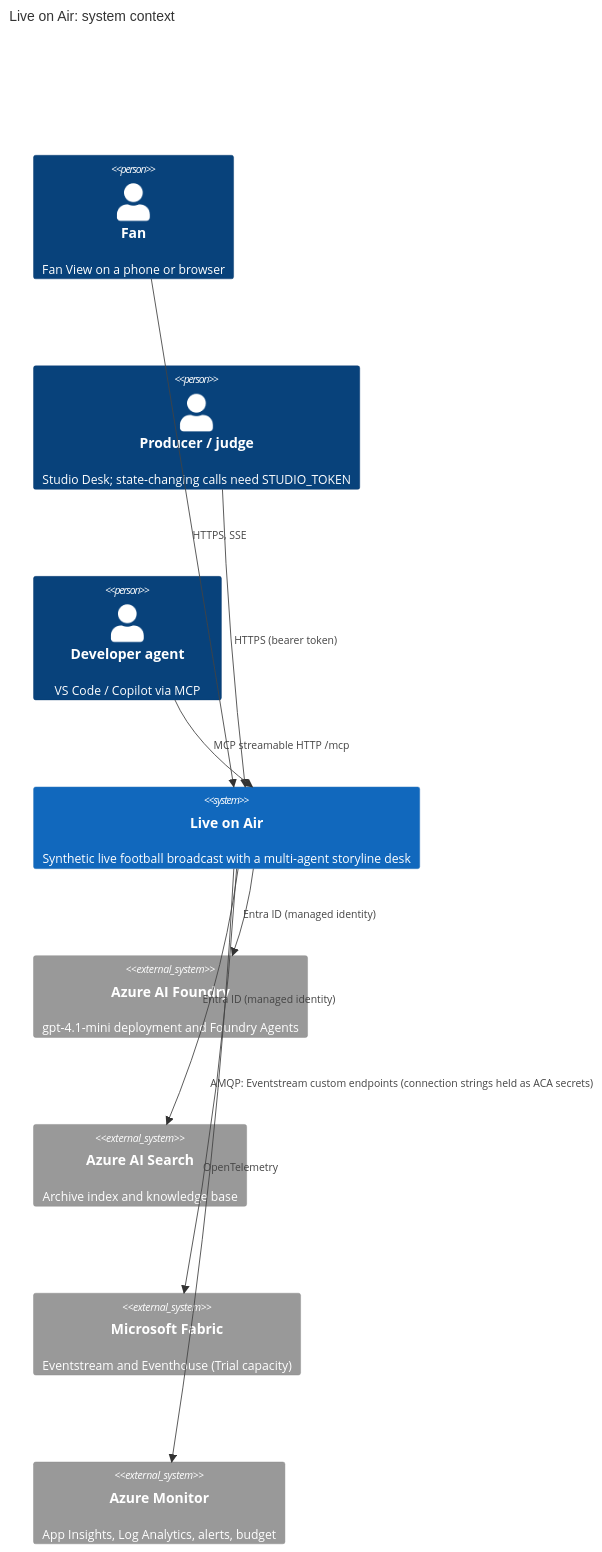
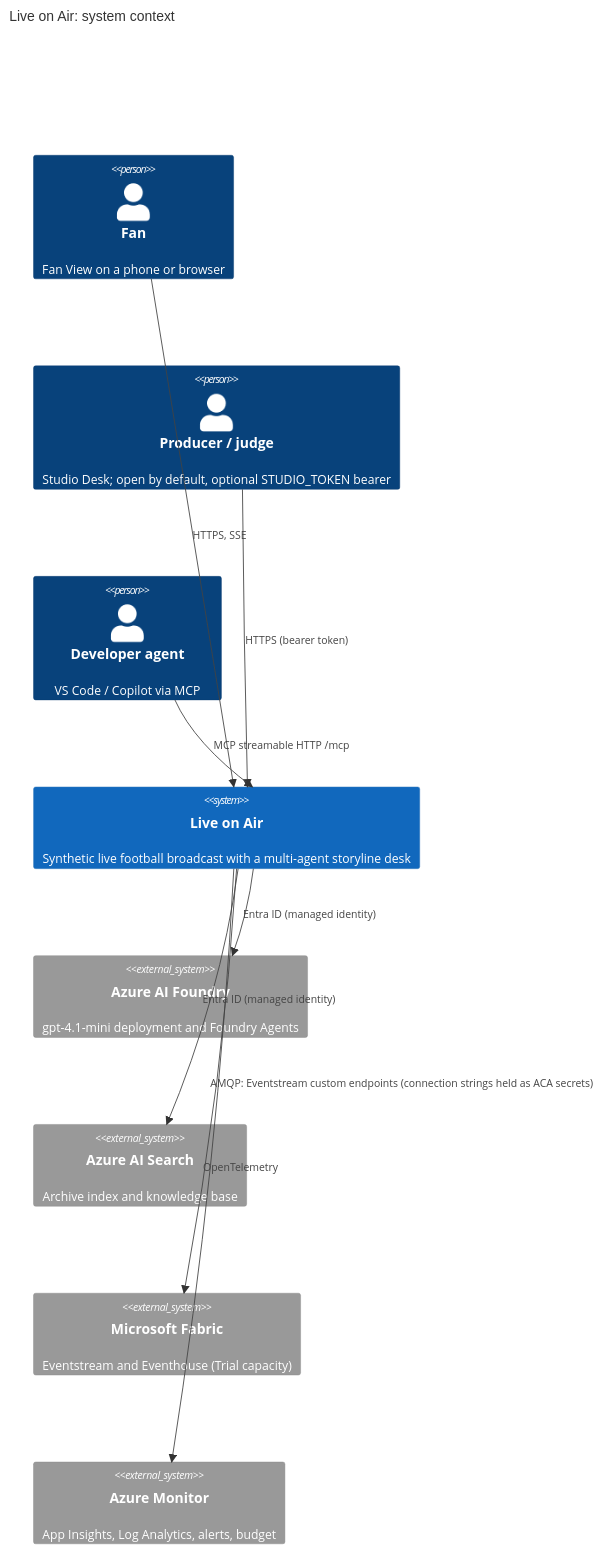
One commit to pshah208/liveonair changed the first of 3 diagrams in docs/architecture/README.md. Above: the diagram before and after it, drawn with Mermaid. The commit also changed other lines of this file and 5 other files, not shown here.

Commit message:
Make studio token optional by default; Studio Desk open in production

````diff
--- a/docs/architecture/README.md
+++ b/docs/architecture/README.md
@@ -11,19 +11,19 @@
 ```mermaid
 C4Context
   title Live on Air: system context
   Person(fan, "Fan", "Fan View on a phone or browser")
-  Person(producer, "Producer / judge", "Studio Desk; state-changing calls need STUDIO_TOKEN")
+  Person(producer, "Producer / judge", "Studio Desk; open by default, optional STUDIO_TOKEN bearer")
   Person(dev, "Developer agent", "VS Code / Copilot via MCP")
   System(loa, "Live on Air", "Synthetic live football broadcast with a multi-agent storyline desk")
   System_Ext(foundry, "Azure AI Foundry", "gpt-4.1-mini deployment and Foundry Agents")
   System_Ext(search, "Azure AI Search", "Archive index and knowledge base")
   System_Ext(fabric, "Microsoft Fabric", "Eventstream and Eventhouse (Trial capacity)")
   System_Ext(monitor, "Azure Monitor", "App Insights, Log Analytics, alerts, budget")
   Rel(fan, loa, "HTTPS, SSE")
   Rel(producer, loa, "HTTPS (bearer token)")
   Rel(dev, loa, "MCP streamable HTTP /mcp")
   Rel(loa, foundry, "Entra ID (managed identity)")
   Rel(loa, search, "Entra ID (managed identity)")
   Rel(loa, fabric, "AMQP: Eventstream custom endpoints (connection strings held as ACA secrets)")
   Rel(loa, monitor, "OpenTelemetry")
 ```
````
